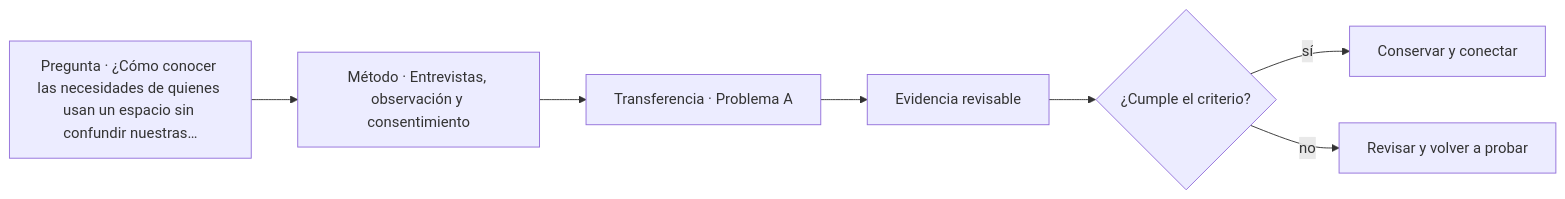
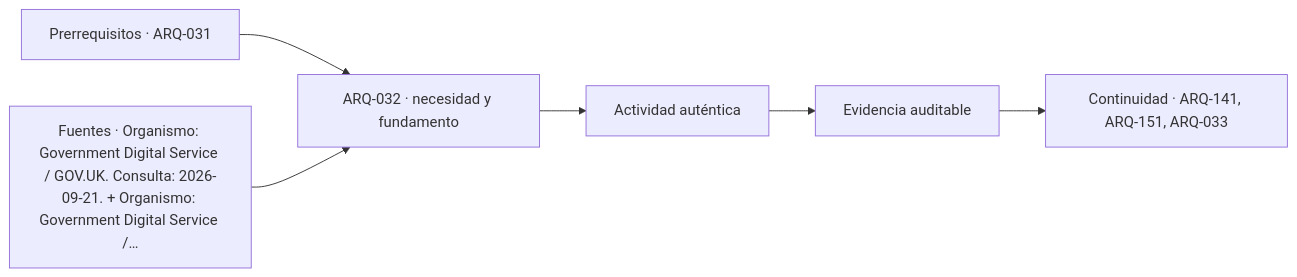
Before and after one commit to vladimiracunadev-create/architecture-built-environment-learning-program: the diagram in classes/parte-04/ARQ-032.md, drawn with Mermaid. The commit also changed other lines of this file and 761 other files, not shown here.

````diff
--- a/classes/parte-04/ARQ-032.md
+++ b/classes/parte-04/ARQ-032.md
@@ -178,9 +190,8 @@
 ```mermaid
 flowchart LR
-    Q["Pregunta · ¿Cómo conocer las necesidades de quienes usan un espacio sin confundir nuestras…"] --> M["Método · Entrevistas, observación y consentimiento"]
-    M --> P["Transferencia · Problema A"]
-    P --> E["Evidencia revisable"]
-    E --> C{"¿Cumple el criterio?"}
-    C -->|sí| T["Conservar y conectar"]
-    C -->|no| R["Revisar y volver a probar"]
+    A["Prerrequisitos · ARQ-031"] --> B["ARQ-032 · necesidad y fundamento"]
+    S["Fuentes · Organismo: Government Digital Service / GOV.UK. Consulta: 2026-09-21. + Organismo: Government Digital Service /…"] --> B
+    B --> C["Actividad auténtica"]
+    C --> D["Evidencia auditable"]
+    D --> E["Continuidad · ARQ-141, ARQ-151, ARQ-033"]
 ```
````
